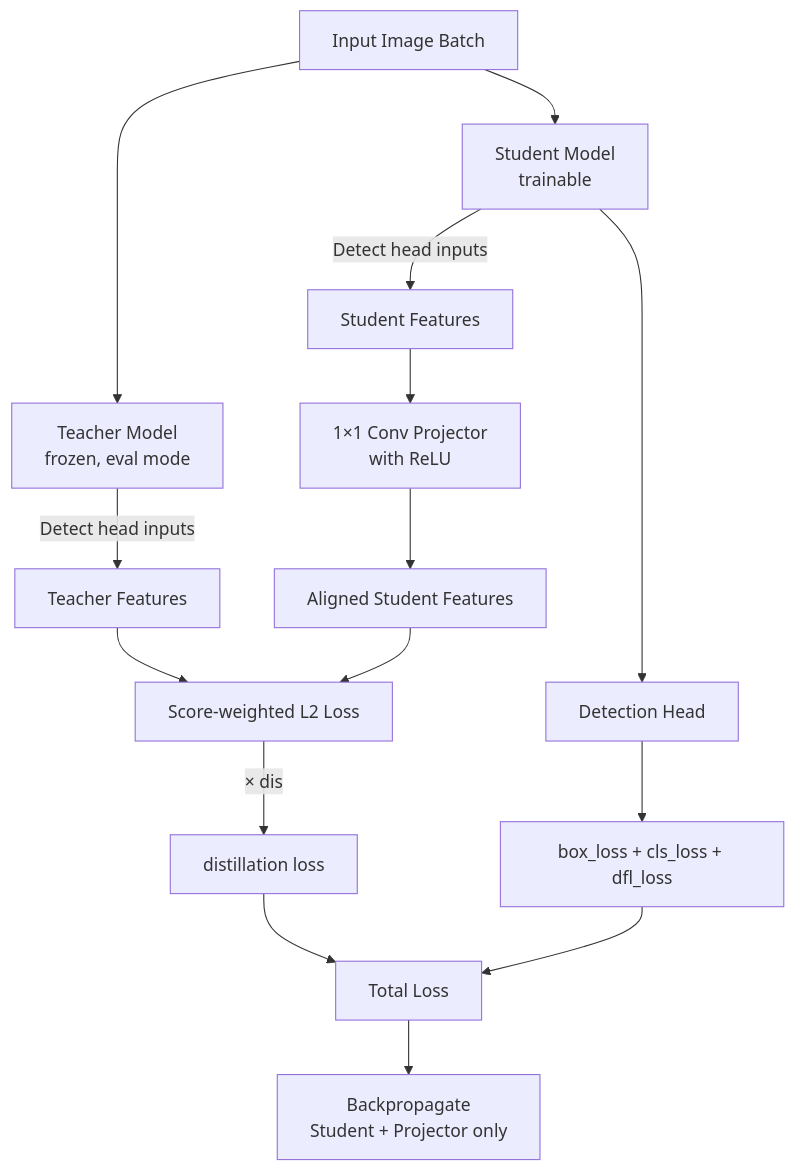
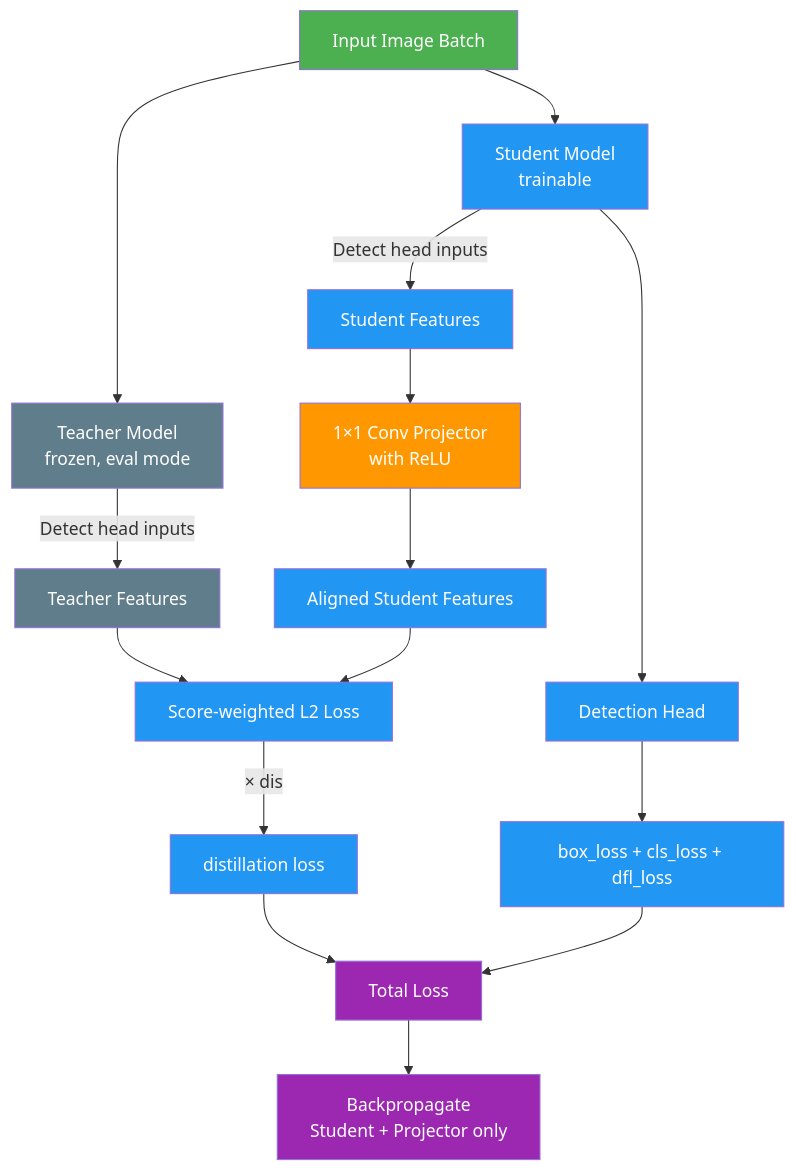
Before and after one commit to medusa717/AI-ULTRALYTICS: the diagram in docs/en/guides/knowledge-distillation.md, drawn with Mermaid. The commit also changed 18 other files, not shown here.

Commit message:
Standardize Mermaid diagram colors across docs (#24932)

````diff
--- a/docs/en/guides/knowledge-distillation.md
+++ b/docs/en/guides/knowledge-distillation.md
@@ -94,23 +94,29 @@
 ```mermaid
 flowchart TD
-    A[Input Image Batch] --> T[Teacher Model<br/>frozen, eval mode]
-    A --> S[Student Model<br/>trainable]
+    A[Input Image Batch]:::start --> T[Teacher Model<br/>frozen, eval mode]:::extern
+    A --> S[Student Model<br/>trainable]:::proc
 
-    T --> |Detect head inputs| TF[Teacher Features]
-    S --> |Detect head inputs| SF[Student Features]
+    T --> |Detect head inputs| TF[Teacher Features]:::extern
+    S --> |Detect head inputs| SF[Student Features]:::proc
 
-    SF --> P[1×1 Conv Projector<br/>with ReLU]
-    P --> AF[Aligned Student Features]
+    SF --> P[1×1 Conv Projector<br/>with ReLU]:::decide
+    P --> AF[Aligned Student Features]:::proc
 
-    TF --> SW[Score-weighted L2 Loss]
+    TF --> SW[Score-weighted L2 Loss]:::proc
     AF --> SW
 
-    S --> D[Detection Head]
-    D --> DL[box_loss + cls_loss + dfl_loss]
+    S --> D[Detection Head]:::proc
+    D --> DL[box_loss + cls_loss + dfl_loss]:::proc
 
-    SW --> |× dis| DIS[distillation loss]
-    DL --> TOTAL[Total Loss]
+    SW --> |× dis| DIS[distillation loss]:::proc
+    DL --> TOTAL[Total Loss]:::out
     DIS --> TOTAL
 
-    TOTAL --> BP[Backpropagate<br/>Student + Projector only]
+    TOTAL --> BP[Backpropagate<br/>Student + Projector only]:::out
+
+    classDef start fill:#4CAF50,color:#fff
+    classDef proc fill:#2196F3,color:#fff
+    classDef decide fill:#FF9800,color:#fff
+    classDef out fill:#9C27B0,color:#fff
+    classDef extern fill:#607D8B,color:#fff
 ```
````
